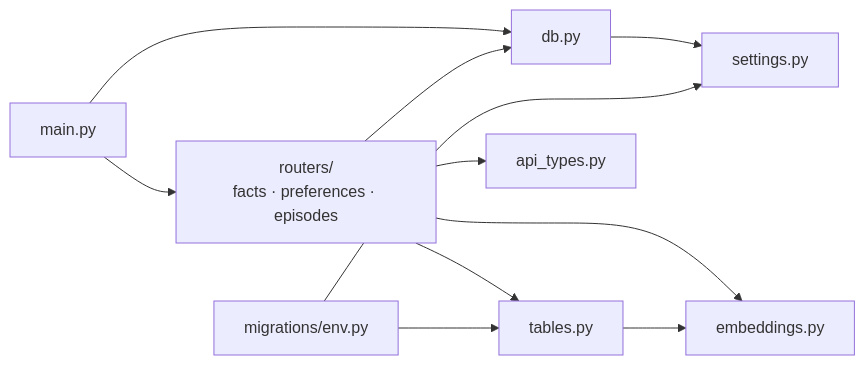
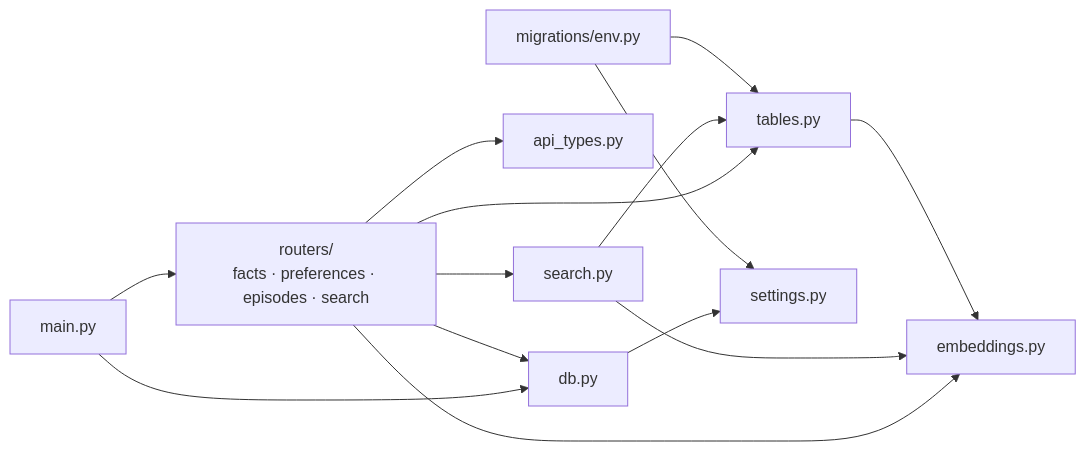
One commit to ZiadHendawy/mutable changed the eighth of 24 diagrams in docs/design.md. Above: the diagram before and after it, drawn with Mermaid. The commit also changed other lines of this file and 9 other files, not shown here.

````diff
--- a/docs/design.md
+++ b/docs/design.md
@@ -592,13 +598,16 @@
 ```mermaid
 flowchart LR
-    main["main.py"] --> routers["routers/<br/>facts · preferences · episodes"]
+    main["main.py"] --> routers["routers/<br/>facts · preferences · episodes · search"]
     main --> dbmod["db.py"]
     routers --> dbmod
     routers --> tables["tables.py"]
     routers --> apitypes["api_types.py"]
     routers --> embeddings["embeddings.py"]
+    routers --> searchmod["search.py"]
+    searchmod --> tables
+    searchmod --> embeddings
     tables --> embeddings
     dbmod --> settingsmod["settings.py"]
     env["migrations/env.py"] --> settingsmod
     env --> tables
 ```
````
